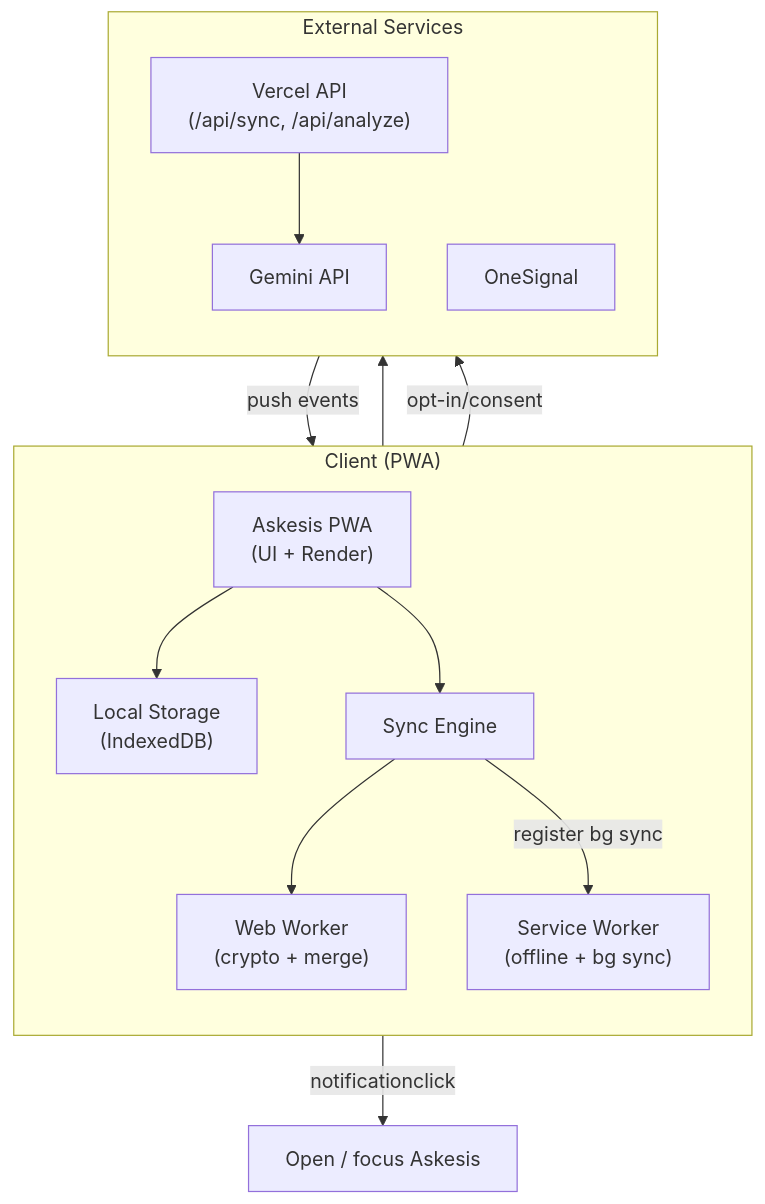
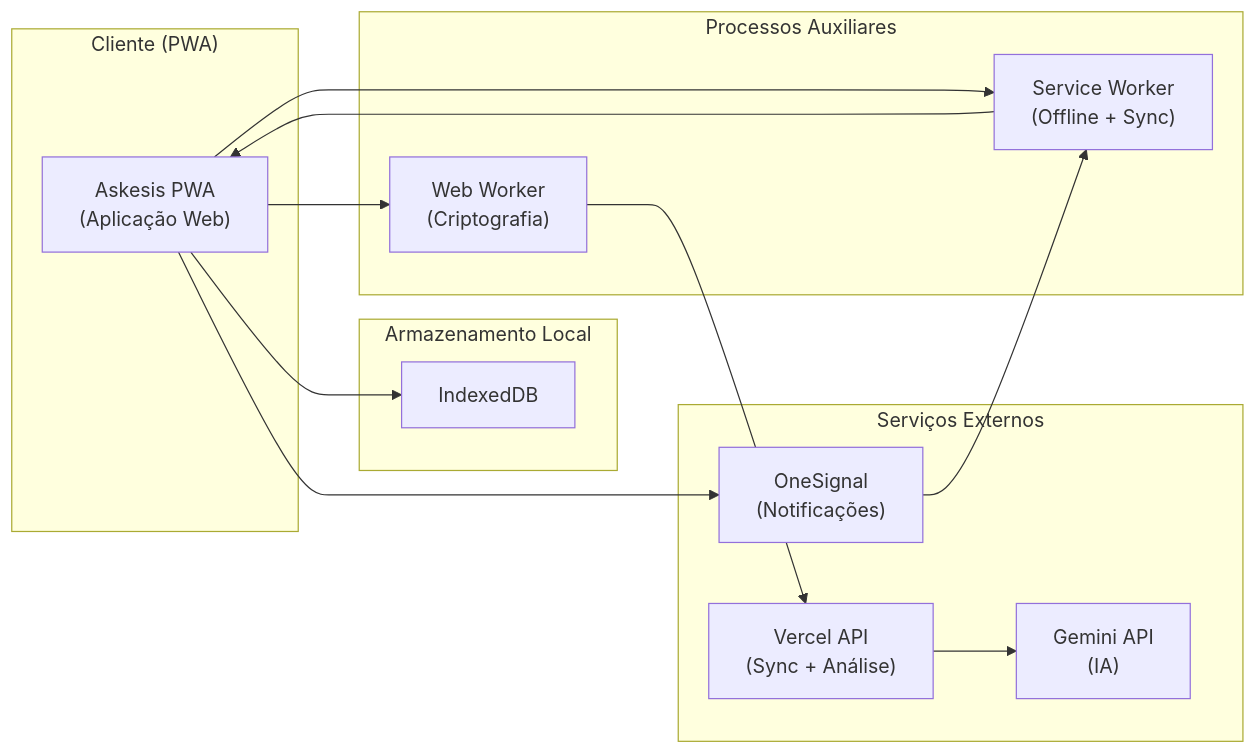
One commit to farifran/askesis changed the second of 18 diagrams in README.md. Above: the diagram before and after it, drawn with Mermaid. The commit also changed other lines of this file, not shown here.

Commit message:
Remove ASCII tech radar and update data lifecycle diagrams to use Mermaid syntax

````diff
--- a/README.md
+++ b/README.md
@@ -184,32 +156,34 @@
 ```mermaid
-flowchart TB
-  %% Nível 2 = visão de containers (sem repetir nomes de arquivos do Nível 3)
-  %% Nota: evitamos o "loop" SW -> PWA para reduzir cruzamentos no render do GitHub.
-  subgraph Client["Client (PWA)"]
-    direction TB
-    PWA["Askesis PWA\n(UI + Render)"]
-    Store["Local Storage\n(IndexedDB)"]
-    Sync["Sync Engine"]
-    Worker["Web Worker\n(crypto + merge)"]
-    SW["Service Worker\n(offline + bg sync)"]
+flowchart LR
+  %% Nível 2 = visão de containers (contêineres de alto nível, sem detalhes internos do Nível 3)
+  %% Ajustado para evitar cruzamentos: fluxo horizontal, contêiner único para o cliente
+
+  subgraph Client["Cliente (PWA)"]
+    PWA["Askesis PWA\n(Aplicação Web)"]
   end
 
-  subgraph External["External Services"]
-    direction TB
-    API["Vercel API\n(/api/sync, /api/analyze)"]
-    AI["Gemini API"]
-    PUSH["OneSignal"]
+  subgraph Storage["Armazenamento Local"]
+    Store["IndexedDB"]
   end
 
-  %% Core flows
+  subgraph Workers["Processos Auxiliares"]
+    Worker["Web Worker\n(Criptografia)"]
+    SW["Service Worker\n(Offline + Sync)"]
+  end
+
+  subgraph External["Serviços Externos"]
+    API["Vercel API\n(Sync + Análise)"]
+    AI["Gemini API\n(IA)"]
+    PUSH["OneSignal\n(Notificações)"]
+  end
+
+  %% Fluxos principais (sem cruzamentos)
   PWA --> Store
-  PWA --> Sync
-  Sync --> Worker
-  Sync --> API --> AI
-
-  %% Background sync + push notifications
-  Sync -->|register bg sync| SW
-  PWA -->|opt-in/consent| PUSH
-  PUSH -->|push events| SW
-  SW -->|notificationclick| Open["Open / focus Askesis"]
+  PWA --> Worker
+  PWA --> SW
+  Worker --> API
+  API --> AI
+  PWA --> PUSH
+  PUSH --> SW
+  SW --> PWA
 ```
````
